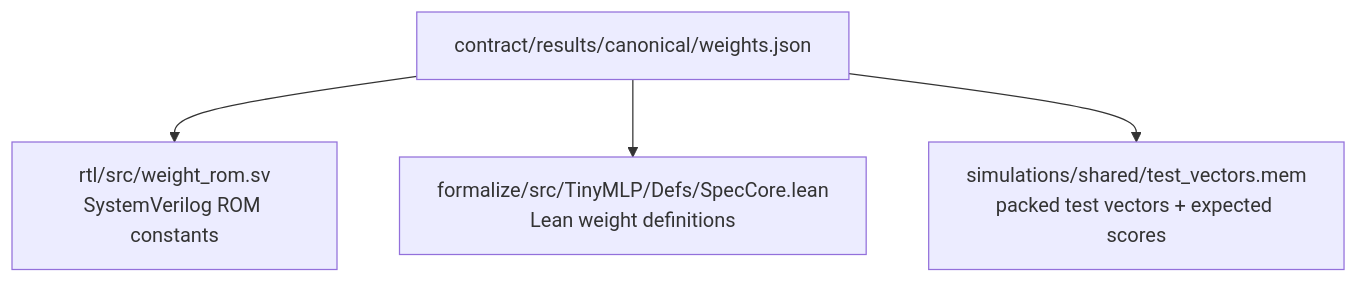
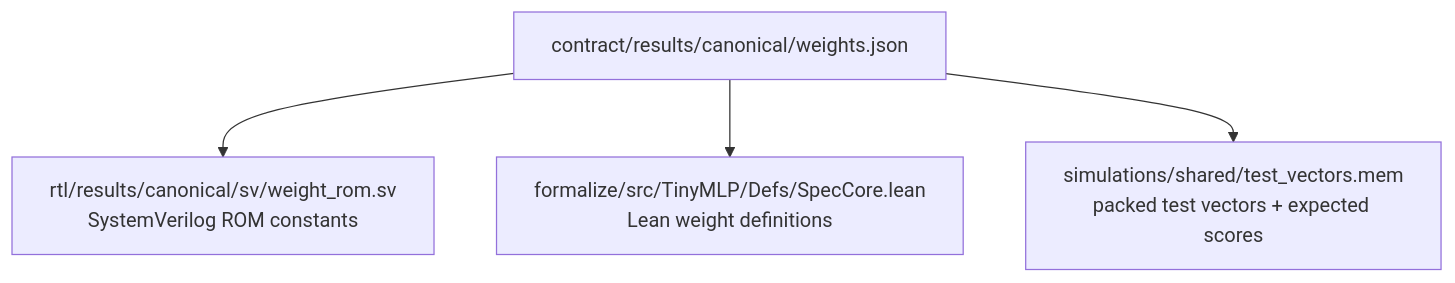
The second of 7 diagrams in docs/from-ann-to-proven-hardware.md (dfdgsdfg/ann-rtl-lean-poc), drawn with Mermaid before and after one commit. The commit also changed other lines of this file and 56 other files, not shown here.

Commit message:
Align RTL canonical artifact layout

````diff
--- a/docs/from-ann-to-proven-hardware.md
+++ b/docs/from-ann-to-proven-hardware.md
@@ -81,6 +81,6 @@
 ```mermaid
 graph TD
-    W[contract/results/canonical/weights.json] --> ROM["rtl/src/weight_rom.sv<br/>SystemVerilog ROM constants"]
+    W[contract/results/canonical/weights.json] --> ROM["rtl/results/canonical/sv/weight_rom.sv<br/>SystemVerilog ROM constants"]
     W --> SPEC["formalize/src/TinyMLP/Defs/SpecCore.lean<br/>Lean weight definitions"]
     W --> VEC["simulations/shared/test_vectors.mem<br/>packed test vectors + expected scores"]
 ```
````
